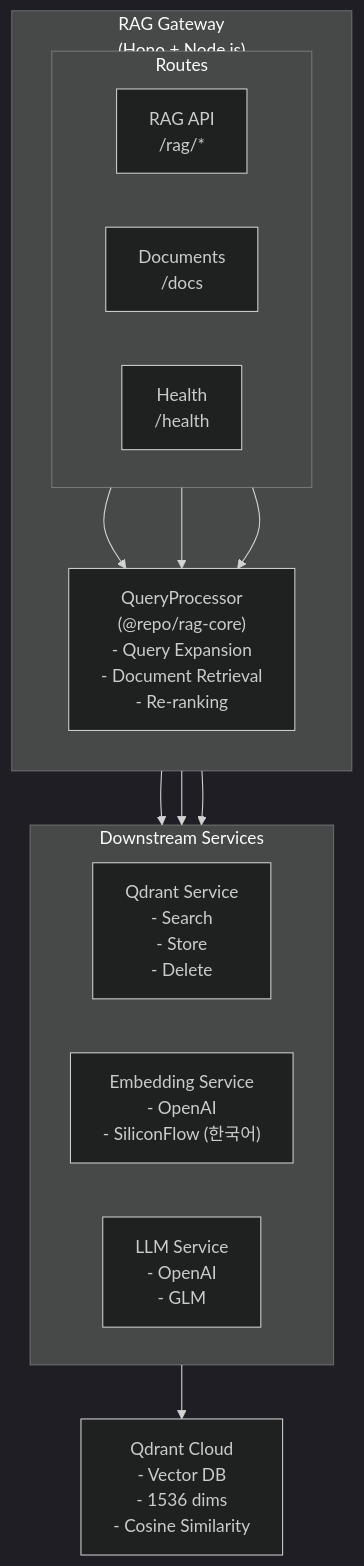
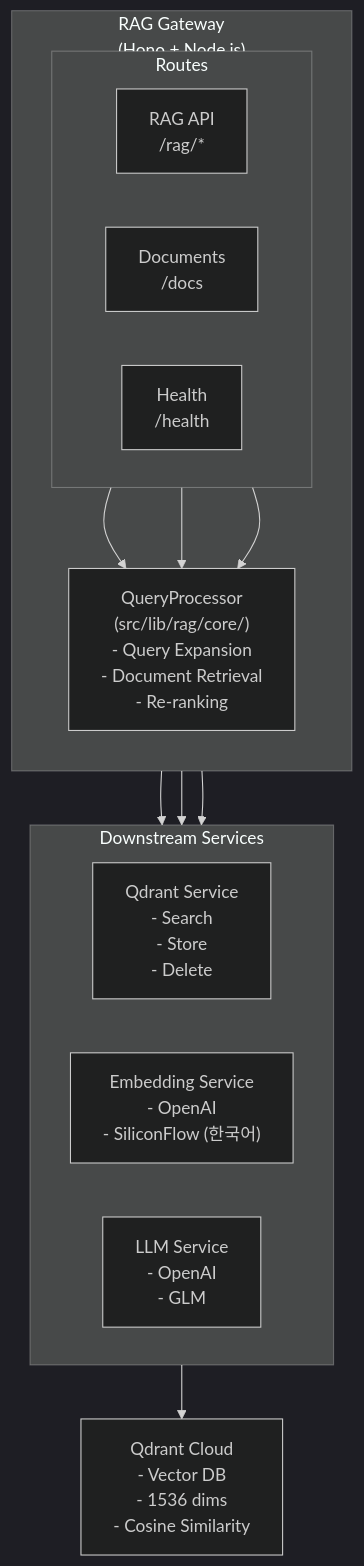
The diagram in apps/rag-gateway/README.md (BBAK-jun/bbakjun-blog), drawn with Mermaid (dark theme) before and after one commit. The commit also changed 4 other files, not shown here.

````diff
--- a/apps/rag-gateway/README.md
+++ b/apps/rag-gateway/README.md
@@ -68,44 +68,44 @@
 ```mermaid
 flowchart TB
   %% =========================
   %% RAG Gateway (Hono + Node.js)
   %% =========================
   subgraph GW["RAG Gateway<br/>(Hono + Node.js)"]
     direction TB
 
     subgraph EP["Routes"]
       direction LR
       RAG["RAG API<br/>/rag/*"]
       DOCS["Documents<br/>/docs"]
       HEALTH["Health<br/>/health"]
     end
 
-    QP["QueryProcessor<br/>(@repo/rag-core)<br/>- Query Expansion<br/>- Document Retrieval<br/>- Re-ranking"]
+    QP["QueryProcessor<br/>(src/lib/rag/core/)<br/>- Query Expansion<br/>- Document Retrieval<br/>- Re-ranking"]
   end
 
   %% Routes -> QueryProcessor
   RAG --> QP
   DOCS --> QP
   HEALTH --> QP
 
   %% =========================
   %% Downstream services
   %% =========================
   subgraph SVC["Downstream Services"]
     direction LR
     QSRV["Qdrant Service<br/>- Search<br/>- Store<br/>- Delete"]
     EMB["Embedding Service<br/>- OpenAI<br/>- SiliconFlow (한국어)"]
     LLM["LLM Service<br/>- OpenAI<br/>- GLM"]
   end
 
   QP --> QSRV
   QP --> EMB
   QP --> LLM
 
   %% =========================
   %% Qdrant Cloud
   %% =========================
   QC["Qdrant Cloud<br/>- Vector DB<br/>- 1536 dims<br/>- Cosine Similarity"]
 
   QSRV --> QC
 ```
````
